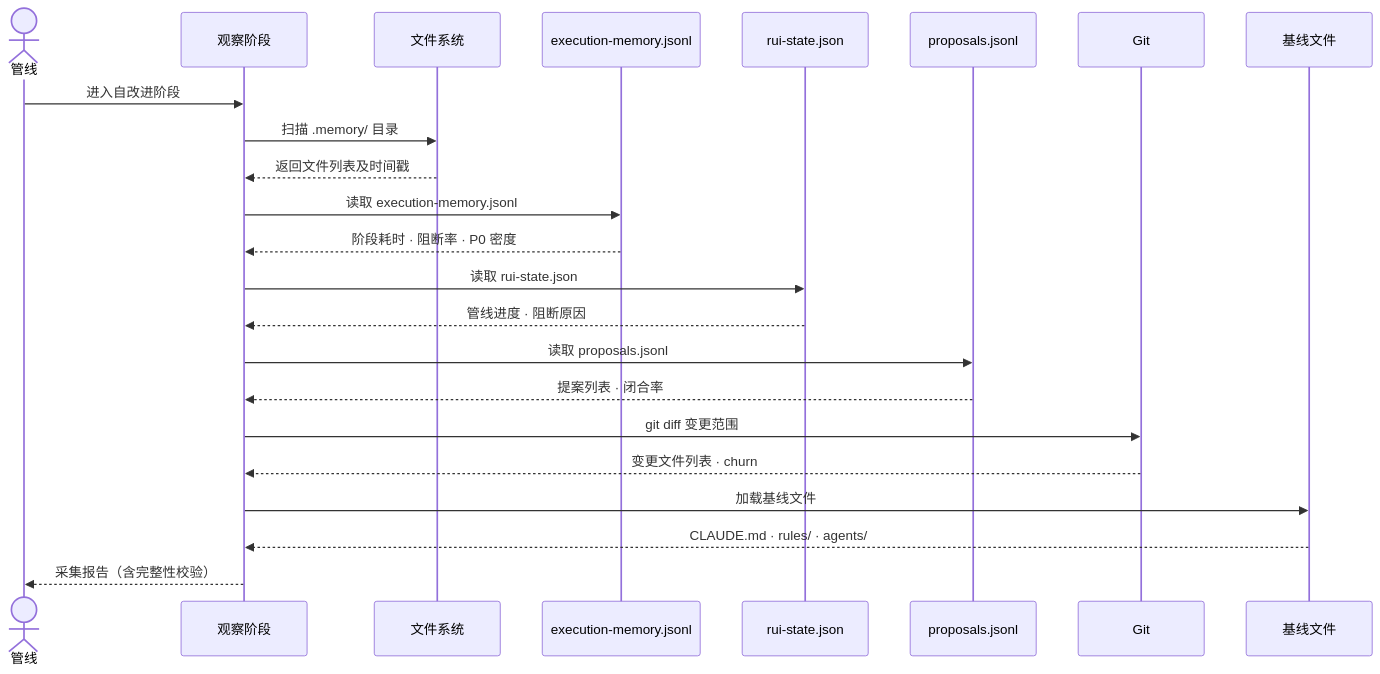
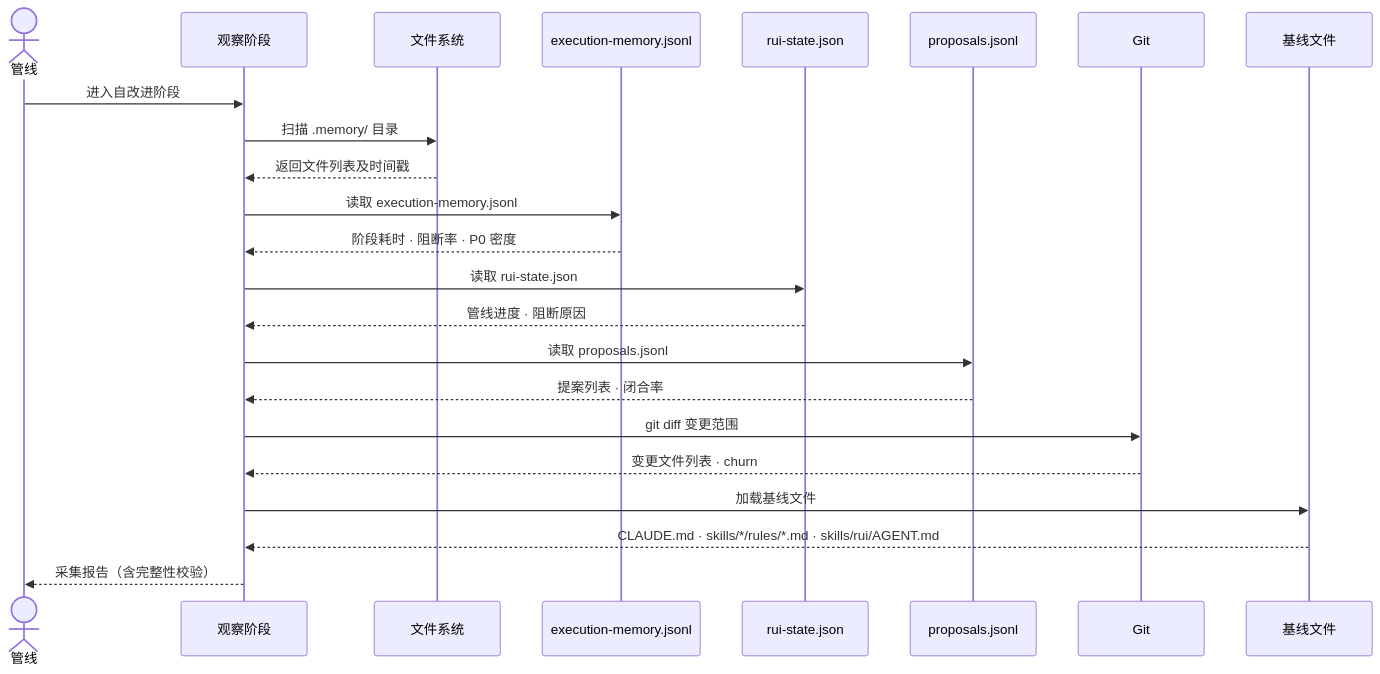
One commit to effiy/YrY changed the second of 2 diagrams in cdn/yry-selfimprove-panel/scenes/场景-1-数据采集与观察/index.md. Above: the diagram before and after it, drawn with Mermaid. The commit also changed other lines of this file and 1028 other files, not shown here.

````diff
--- a/cdn/yry-selfimprove-panel/scenes/场景-1-数据采集与观察/index.md
+++ b/cdn/yry-selfimprove-panel/scenes/场景-1-数据采集与观察/index.md
@@ -68,26 +69,26 @@
 ```mermaid
 sequenceDiagram
     actor P as 管线
     participant O as 观察阶段
     participant FS as 文件系统
     participant MEM as execution-memory.jsonl
     participant STATE as rui-state.json
     participant PROP as proposals.jsonl
     participant GIT as Git
     participant BASE as 基线文件
 
     P->>O: 进入自改进阶段
     O->>FS: 扫描 .memory/ 目录
     FS-->>O: 返回文件列表及时间戳
     O->>MEM: 读取 execution-memory.jsonl
     MEM-->>O: 阶段耗时 · 阻断率 · P0 密度
     O->>STATE: 读取 rui-state.json
     STATE-->>O: 管线进度 · 阻断原因
     O->>PROP: 读取 proposals.jsonl
     PROP-->>O: 提案列表 · 闭合率
     O->>GIT: git diff 变更范围
     GIT-->>O: 变更文件列表 · churn
     O->>BASE: 加载基线文件
-    BASE-->>O: CLAUDE.md · rules/ · agents/
+    BASE-->>O: CLAUDE.md · skills/*/rules/*.md · skills/rui/AGENT.md
     O-->>P: 采集报告（含完整性校验）
 ```
````
